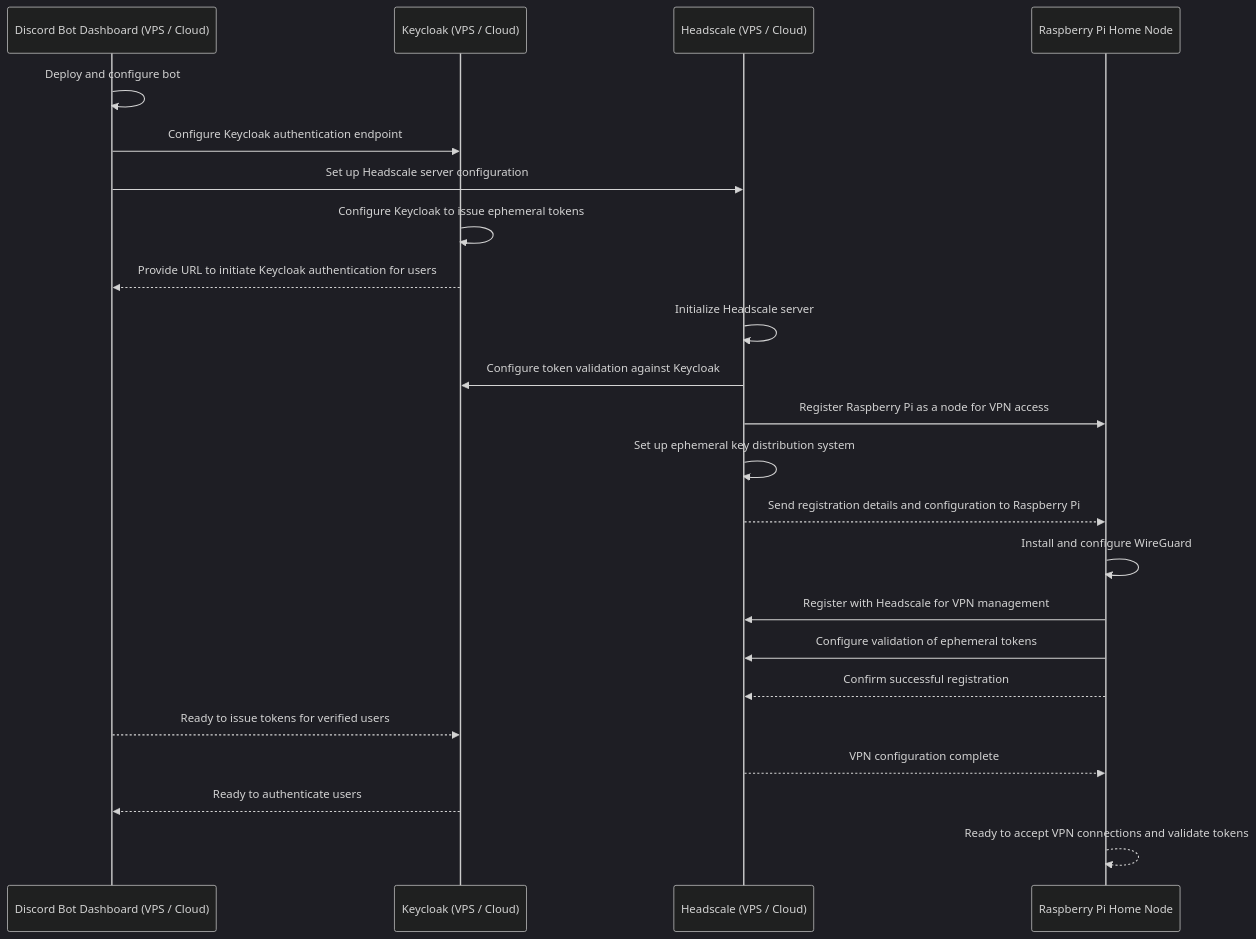
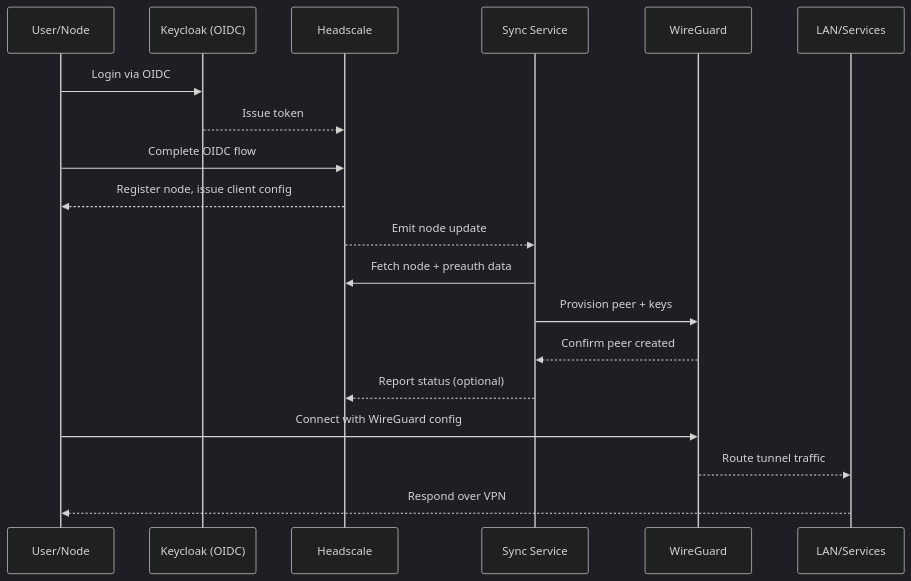
Before and after one commit to NNTin/d-vpn: the diagram in SETUP.md, drawn with Mermaid (dark theme). The commit also changed other lines of this file, not shown here.

Commit message:
updated outdated setup to show our new setup

````diff
--- a/SETUP.md
+++ b/SETUP.md
@@ -3,35 +7,22 @@
 ```mermaid
 sequenceDiagram
-    participant DiscordBot as Discord Bot Dashboard (VPS / Cloud)
-    participant Keycloak as Keycloak (VPS / Cloud)
-    participant Headscale as Headscale (VPS / Cloud)
-    participant HomePi as Raspberry Pi Home Node
+    participant User as User/Node
+    participant Keycloak as Keycloak (OIDC)
+    participant Headscale as Headscale
+    participant Sync as Sync Service
+    participant WG as WireGuard
+    participant LAN as LAN/Services
 
-    %% Step 1: Initialize Discord Bot Dashboard
-    DiscordBot->>DiscordBot: Deploy and configure bot  
-    DiscordBot->>Keycloak: Configure Keycloak authentication endpoint  
-    DiscordBot->>Headscale: Set up Headscale server configuration  
-
-    %% Step 2: Keycloak Setup
-    Keycloak->>Keycloak: Configure Keycloak to issue ephemeral tokens  
-    Keycloak-->>DiscordBot: Provide URL to initiate Keycloak authentication for users  
-
-    %% Step 3: Headscale Setup
-    Headscale->>Headscale: Initialize Headscale server  
-    Headscale->>Keycloak: Configure token validation against Keycloak  
-    Headscale->>HomePi: Register Raspberry Pi as a node for VPN access  
-    Headscale->>Headscale: Set up ephemeral key distribution system  
-    Headscale-->>HomePi: Send registration details and configuration to Raspberry Pi  
-
-    %% Step 4: Raspberry Pi Home Node Setup
-    HomePi->>HomePi: Install and configure WireGuard  
-    HomePi->>Headscale: Register with Headscale for VPN management  
-    HomePi->>Headscale: Configure validation of ephemeral tokens  
-    HomePi-->>Headscale: Confirm successful registration  
-
-    %% Step 5: Final Configuration & Ready for User Authentication
-    DiscordBot-->>Keycloak: Ready to issue tokens for verified users  
-    Headscale-->>HomePi: VPN configuration complete  
-    Keycloak-->>DiscordBot: Ready to authenticate users  
-    HomePi-->>HomePi: Ready to accept VPN connections and validate tokens
+    User->>Keycloak: Login via OIDC
+    Keycloak-->>Headscale: Issue token
+    User->>Headscale: Complete OIDC flow
+    Headscale-->>User: Register node, issue client config
+    Headscale-->>Sync: Emit node update
+    Sync->>Headscale: Fetch node + preauth data
+    Sync->>WG: Provision peer + keys
+    WG-->>Sync: Confirm peer created
+    Sync-->>Headscale: Report status (optional)
+    User->>WG: Connect with WireGuard config
+    WG-->>LAN: Route tunnel traffic
+    LAN-->>User: Respond over VPN
 ```
````
